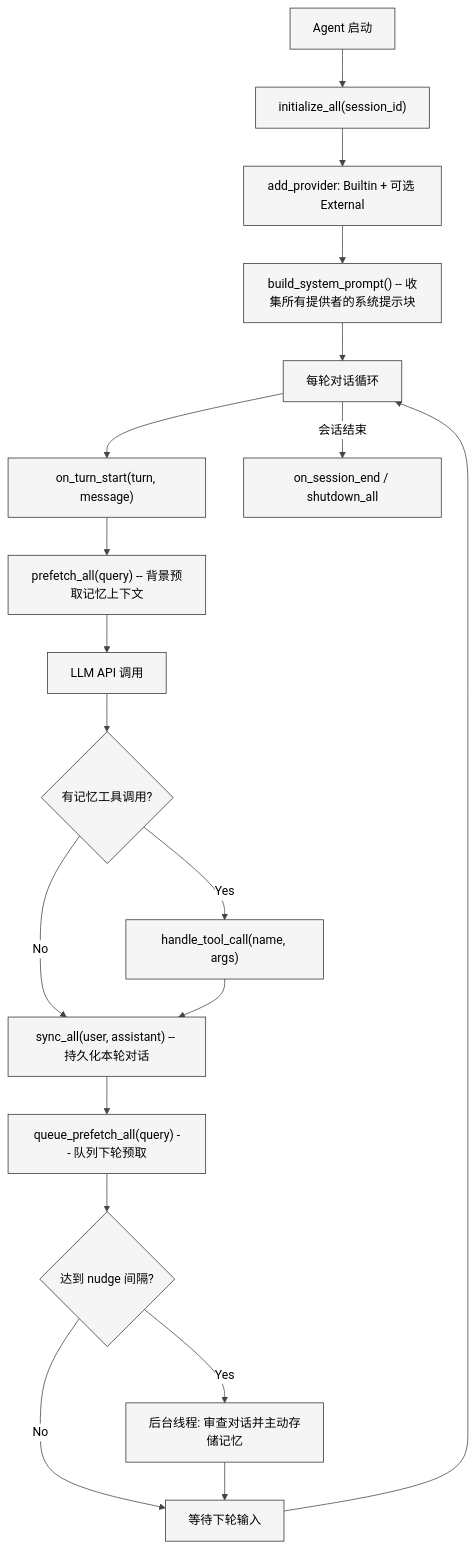
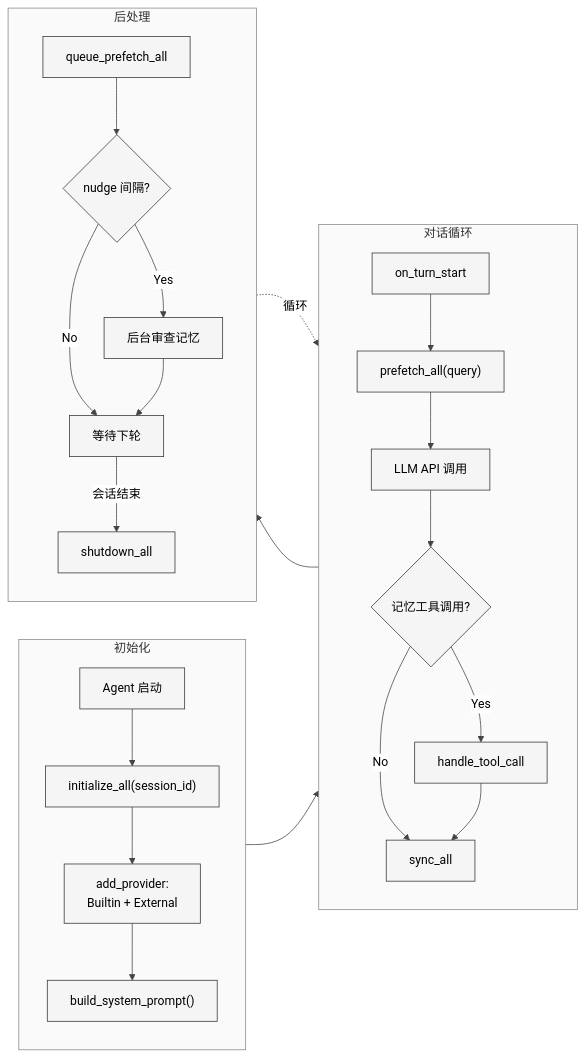
One commit to xiaonancs/hermes-agent-study changed the second of 2 diagrams in Part I 原理与使用/08-记忆系统.md. Above: the diagram before and after it, drawn with Mermaid. The commit also changed other lines of this file and 32 other files, not shown here.

First line of the commit message:
Mermaid 图表修复：白色背景板 + 长宽比优化

````diff
--- a/Part I 原理与使用/08-记忆系统.md
+++ b/Part I 原理与使用/08-记忆系统.md
@@ -122,22 +122,30 @@
 ```mermaid
 %%{init: {'theme': 'neutral', 'themeVariables': {'background': '#ffffff', 'primaryColor': '#f5f5f5', 'primaryTextColor': '#000000', 'primaryBorderColor': '#333333', 'lineColor': '#444444', 'textColor': '#000000', 'mainBkg': '#f5f5f5', 'nodeBorder': '#333333', 'clusterBkg': '#fafafa', 'clusterBorder': '#888888', 'edgeLabelBackground': '#ffffff'}}}%%
-flowchart TD
-    START["Agent 启动"] --> INIT["initialize_all(session_id)"]
-    INIT --> REG["add_provider: Builtin + 可选 External"]
-    REG --> SYS["build_system_prompt() -- 收集所有提供者的系统提示块"]
-    SYS --> LOOP["每轮对话循环"]
-    LOOP --> TURN["on_turn_start(turn, message)"]
-    TURN --> PRE["prefetch_all(query) -- 背景预取记忆上下文"]
-    PRE --> API["LLM API 调用"]
-    API --> TOOL{"有记忆工具调用?"}
-    TOOL -->|Yes| HANDLE["handle_tool_call(name, args)"]
-    TOOL -->|No| SYNC["sync_all(user, assistant) -- 持久化本轮对话"]
-    HANDLE --> SYNC
-    SYNC --> QUEUE["queue_prefetch_all(query) -- 队列下轮预取"]
-    QUEUE --> NUDGE{"达到 nudge 间隔?"}
-    NUDGE -->|Yes| REVIEW["后台线程: 审查对话并主动存储记忆"]
-    NUDGE -->|No| NEXT["等待下轮输入"]
-    REVIEW --> NEXT
-    NEXT --> LOOP
-    LOOP -->|会话结束| END["on_session_end / shutdown_all"]
+graph LR
+    subgraph init ["初始化"]
+        direction TB
+        START["Agent 启动"] --> INIT["initialize_all(session_id)"]
+        INIT --> REG["add_provider:<br/>Builtin + External"]
+        REG --> SYS["build_system_prompt()"]
+    end
+    subgraph loop ["对话循环"]
+        direction TB
+        TURN["on_turn_start"] --> PRE["prefetch_all(query)"]
+        PRE --> API["LLM API 调用"]
+        API --> TOOL{"记忆工具调用?"}
+        TOOL -->|Yes| HANDLE["handle_tool_call"]
+        TOOL -->|No| SYNC["sync_all"]
+        HANDLE --> SYNC
+    end
+    subgraph post ["后处理"]
+        direction TB
+        QUEUE["queue_prefetch_all"] --> NUDGE{"nudge 间隔?"}
+        NUDGE -->|Yes| REVIEW["后台审查记忆"]
+        NUDGE -->|No| NEXT["等待下轮"]
+        REVIEW --> NEXT
+        NEXT -->|"会话结束"| END["shutdown_all"]
+    end
+    SYS --> TURN
+    SYNC --> QUEUE
+    NEXT -.->|"循环"| TURN
 ```
````
